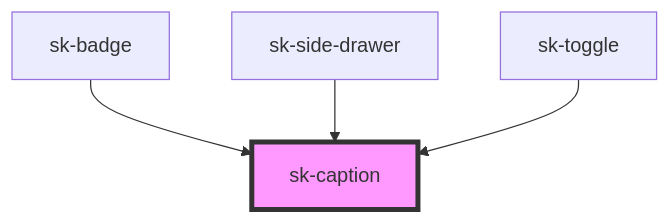
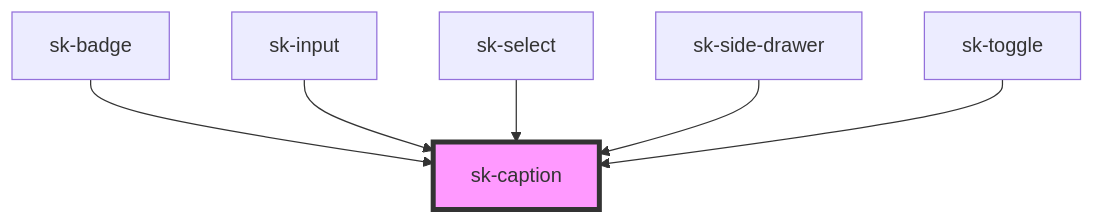
One commit to shincke/sk-toolkit changed the diagram in web-components-stencil/src/components/sk-caption/readme.md. Above: the diagram before and after it, drawn with Mermaid. The commit also changed other lines of this file and 17 other files, not shown here.

Commit message:
feat: create input options, sk-select and sk-input

````diff
--- a/web-components-stencil/src/components/sk-caption/readme.md
+++ b/web-components-stencil/src/components/sk-caption/readme.md
@@ -24,7 +26,9 @@
 ```mermaid
 graph TD;
   sk-badge --> sk-caption
+  sk-input --> sk-caption
+  sk-select --> sk-caption
   sk-side-drawer --> sk-caption
   sk-toggle --> sk-caption
   style sk-caption fill:#f9f,stroke:#333,stroke-width:4px
 ```
````
